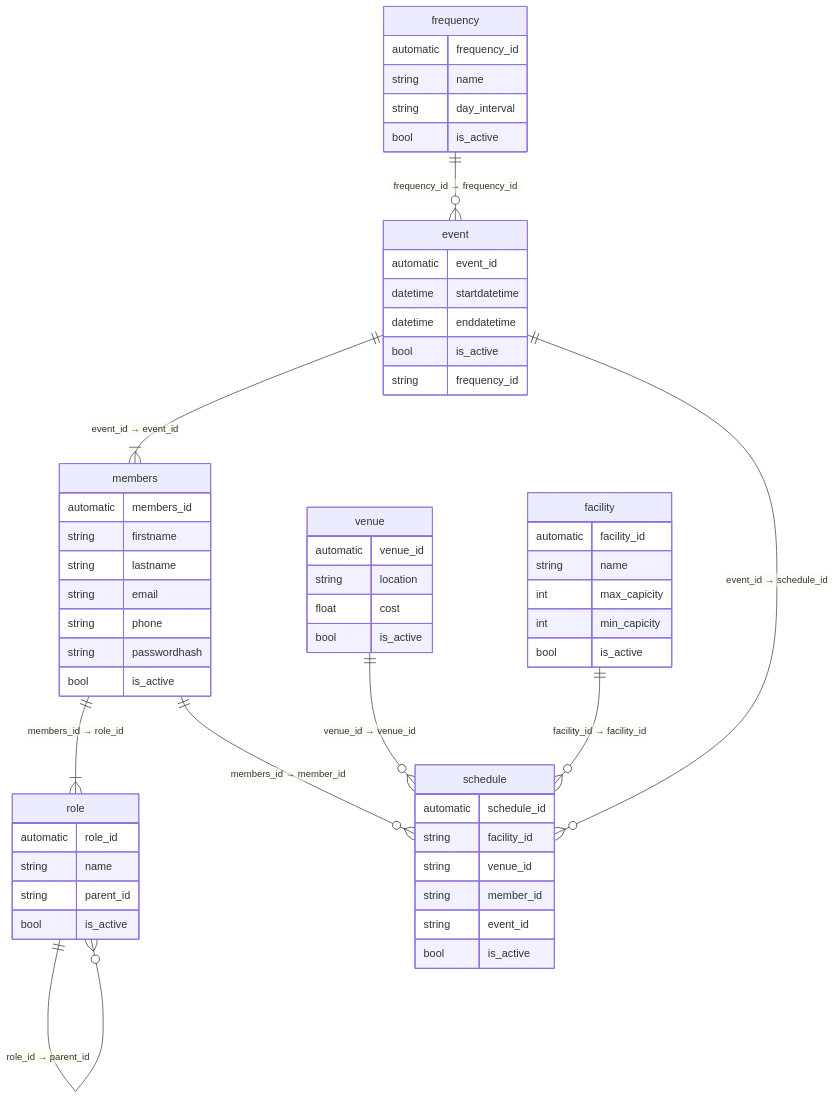
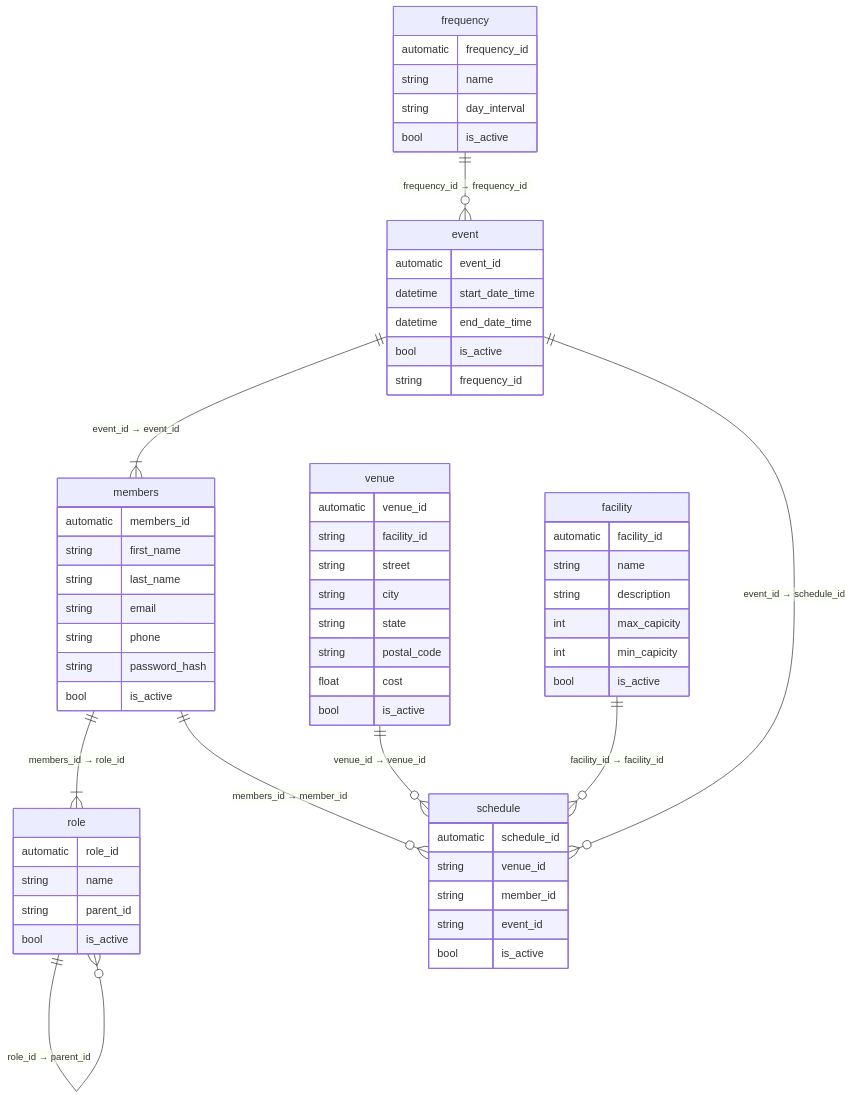
The diagram in erd.mmd (pbaletkeman/swimlane), drawn with Mermaid before and after one commit. The commit also changed 3 other files, not shown here.

```diff
--- a/erd.mmd
+++ b/erd.mmd
@@ -1,60 +1,63 @@
 erDiagram
     frequency ||--o{ event : "frequency_id → frequency_id"
     event ||--|{ members : "event_id → event_id"
     members ||--|{ role : "members_id → role_id"
-
     event ||--o{ schedule : "event_id → schedule_id"
     members ||--o{ schedule : "members_id → member_id"
     venue ||--o{ schedule : "venue_id → venue_id"
     facility ||--o{ schedule : "facility_id → facility_id"
+    role ||--o{ role : "role_id → parent_id"
 
-    role ||--o{ role : "role_id → parent_id"
     role {
         automatic role_id
         string name
         string parent_id
         bool is_active
     }
     frequency {
         automatic frequency_id
         string name
         string day_interval
         bool is_active
     }
     event {
         automatic event_id
-        datetime startdatetime
-        datetime enddatetime
+        datetime start_date_time
+        datetime end_date_time
         bool is_active
         string frequency_id
     }
     members {
         automatic members_id
-        string firstname
-        string lastname
+        string first_name
+        string last_name
         string email
         string phone
-        string passwordhash
+        string password_hash
         bool is_active
     }
     venue {
         automatic venue_id
-        string location
+        string facility_id
+        string street
+        string city
+        string state
+        string postal_code
         float cost
         bool is_active
     }
     facility {
         automatic facility_id
         string name
+        string description
         int max_capicity
         int min_capicity
         bool is_active
     }
     schedule {
         automatic schedule_id
-        string facility_id
         string venue_id
         string member_id
         string event_id
         bool is_active
     }
```
